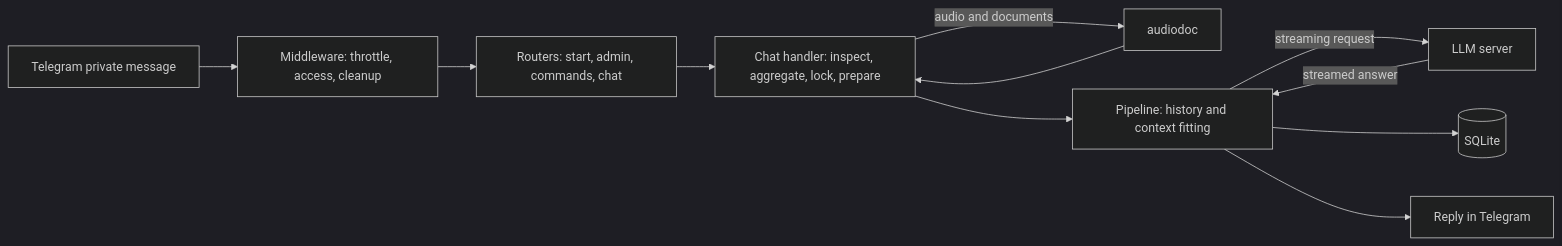
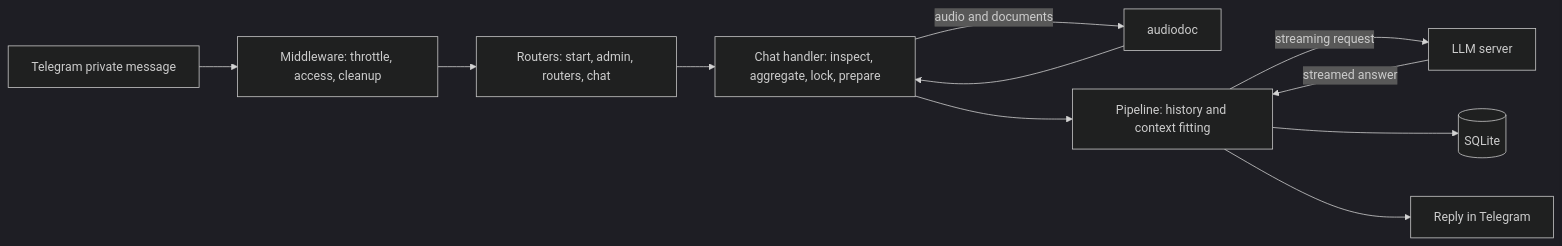
One commit to WhlteAdmln/bot-obormot changed the diagram in docs/architecture.md. Above: the diagram before and after it, drawn with Mermaid (dark theme). The commit also changed other lines of this file and 2 other files, not shown here.

First line of the commit message:
Point the architecture documents at existing modules

````diff
--- a/docs/architecture.md
+++ b/docs/architecture.md
@@ -9,13 +9,13 @@
 ```mermaid
 flowchart LR
     T[Telegram private message] --> M[Middleware: throttle, access, cleanup]
-    M --> R[Routers: start, admin, commands, chat]
+    M --> R[Routers: start, admin, routers, chat]
     R --> C[Chat handler: inspect, aggregate, lock, prepare]
     C -->|audio and documents| A[audiodoc]
     A --> C
     C --> P[Pipeline: history and context fitting]
     P -->|streaming request| L[LLM server]
     L -->|streamed answer| P
     P --> D[(SQLite)]
     P --> O[Reply in Telegram]
 ```
````
